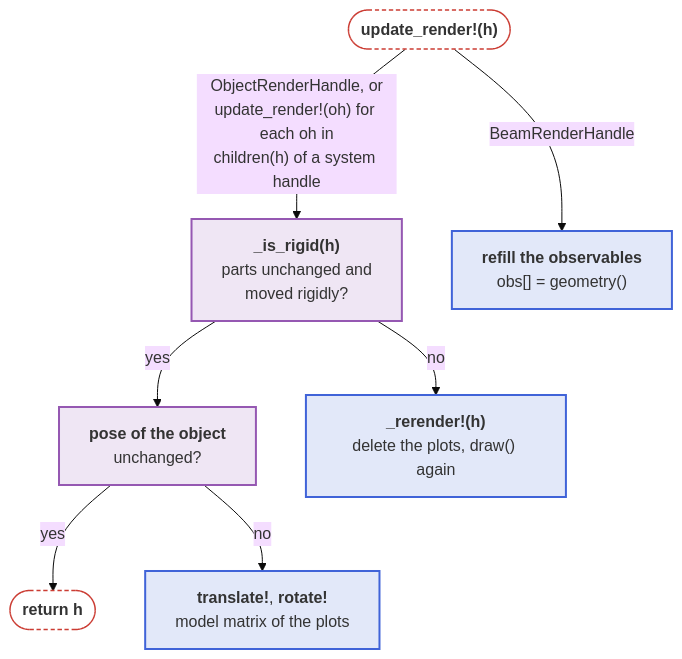
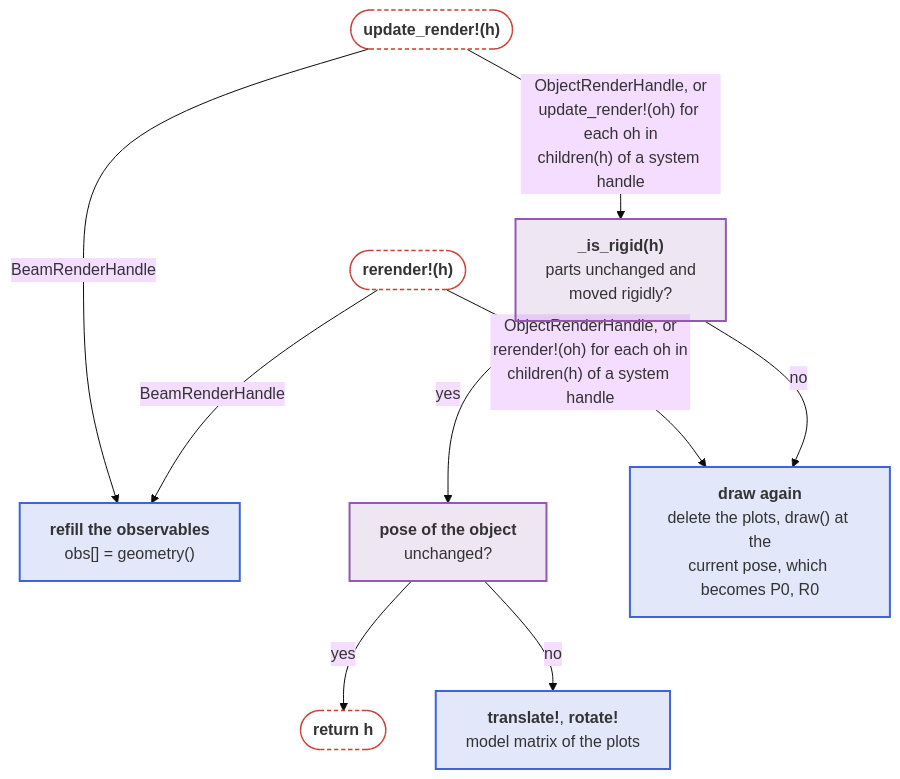
The second of 3 diagrams in docs/src/api/rendering.md (JuliaPhysics/BeamletOptics.jl), drawn with Mermaid (base theme) before and after one commit. The commit also changed other lines of this file and 12 other files, not shown here.

First line of the commit message:
Feature: rerender! draws an object again after its shape changed (#224)

````diff
--- a/docs/src/api/rendering.md
+++ b/docs/src/api/rendering.md
@@ -47,24 +48,27 @@
 ```mermaid
 flowchart TB
     U(["<b>update_render!(h)</b>"])
+    RE(["<b>rerender!(h)</b>"])
     RG["<b>_is_rigid(h)</b><br/>parts unchanged and<br/>moved rigidly?"]
     OB["<b>refill the observables</b><br/>obs[] = geometry()"]
     PC["<b>pose of the object</b><br/>unchanged?"]
     MM["<b>translate!</b>, <b>rotate!</b><br/>model matrix of the plots"]
-    RR["<b>_rerender!(h)</b><br/>delete the plots, draw() again"]
+    RR["<b>draw again</b><br/>delete the plots, draw() at the<br/>current pose, which becomes P0, R0"]
     E(["<b>return h</b>"])
 
     U -- "ObjectRenderHandle, or<br/>update_render!(oh) for each oh in<br/>children(h) of a system handle" --> RG
     U -- "BeamRenderHandle" --> OB
+    RE -- "ObjectRenderHandle, or<br/>rerender!(oh) for each oh in<br/>children(h) of a system handle" --> RR
+    RE -- "BeamRenderHandle" --> OB
     RG -- yes --> PC
     RG -- no --> RR
     PC -- yes --> E
     PC -- no --> MM
 
     classDef blue fill:#4063D826,stroke:#4063D8,stroke-width:2px
     classDef purple fill:#9558B226,stroke:#9558B2,stroke-width:2px
     classDef terminal fill:transparent,stroke:#CB3C33,stroke-width:1.5px,stroke-dasharray:4 3
     class MM,RR,OB blue
     class RG,PC purple
-    class U,E terminal
+    class U,RE,E terminal
 ```
````
